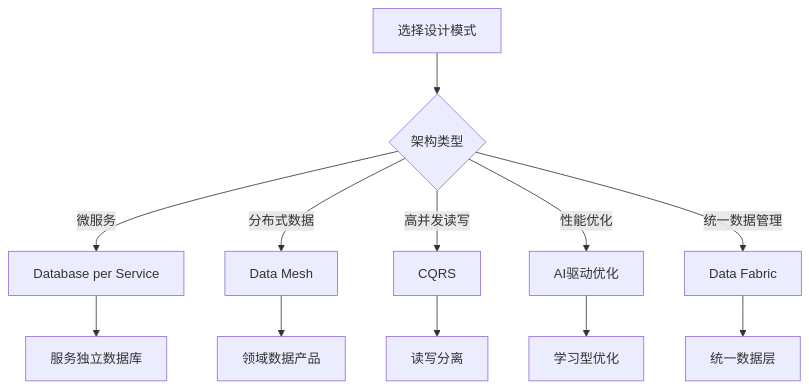
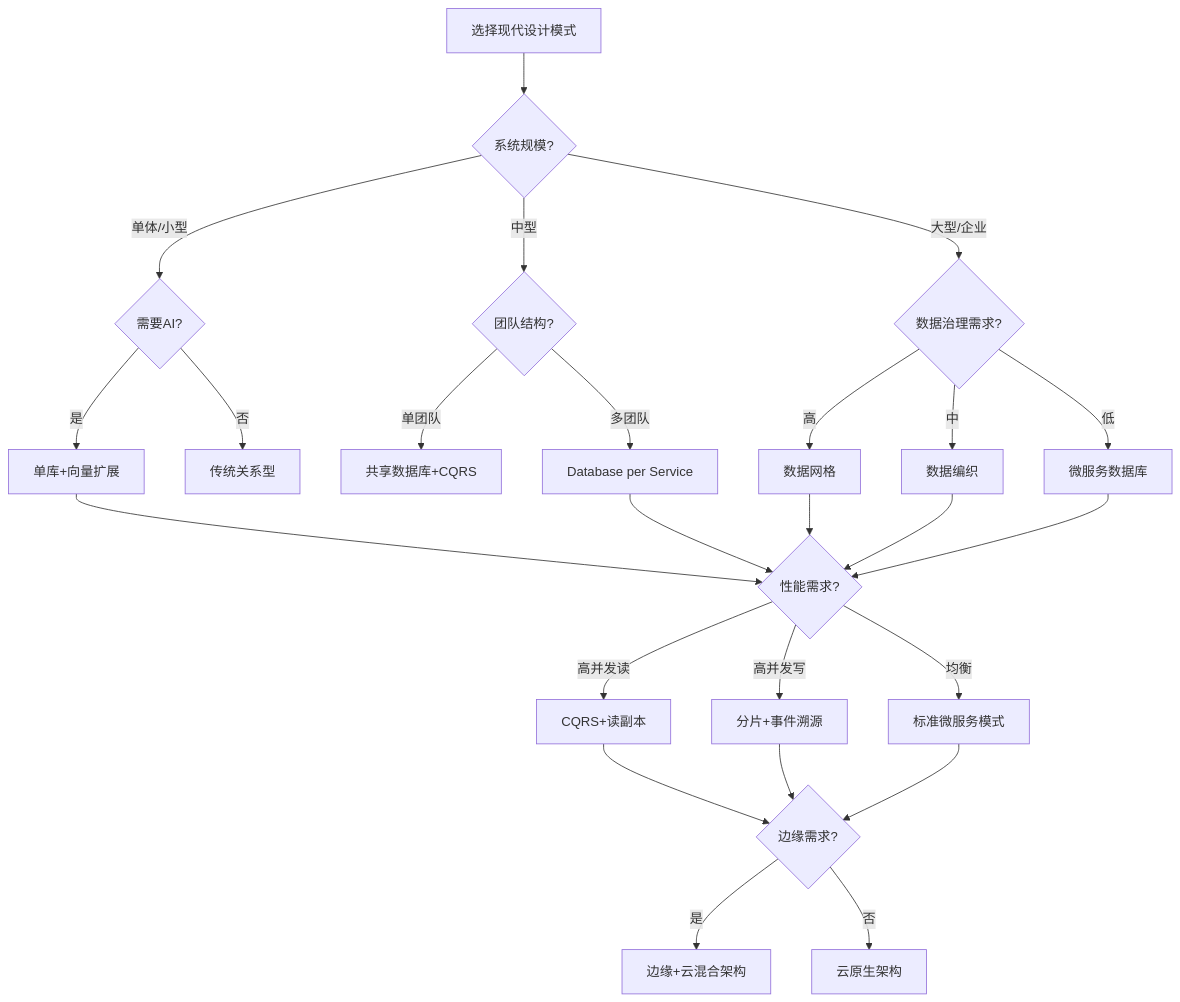
One commit to AdaMartin18010/Data-Science changed the third of 15 diagrams in Design/07-数据库设计实践/07.05-现代数据库设计模式.md. Above: the diagram before and after it, drawn with Mermaid. The commit also changed other lines of this file and 55 other files, not shown here.

````diff
--- a/Design/07-数据库设计实践/07.05-现代数据库设计模式.md
+++ b/Design/07-数据库设计实践/07.05-现代数据库设计模式.md
@@ -59,16 +156,35 @@
 ```mermaid
 flowchart TD
-    A[选择设计模式] --> B{架构类型}
+    A[选择现代设计模式] --> B{系统规模?}
 
-    B -->|微服务| C[Database per Service]
-    B -->|分布式数据| D[Data Mesh]
-    B -->|高并发读写| E[CQRS]
-    B -->|性能优化| F[AI驱动优化]
-    B -->|统一数据管理| G[Data Fabric]
+    B -->|单体/小型| C{需要AI?}
+    B -->|中型| D{团队结构?}
+    B -->|大型/企业| E{数据治理需求?}
 
-    C --> H[服务独立数据库]
-    D --> I[领域数据产品]
-    E --> J[读写分离]
-    F --> K[学习型优化]
-    G --> L[统一数据层]
+    C -->|是| F[单库+向量扩展]
+    C -->|否| G[传统关系型]
+
+    D -->|单团队| H[共享数据库+CQRS]
+    D -->|多团队| I[Database per Service]
+
+    E -->|高| J[数据网格]
+    E -->|中| K[数据编织]
+    E -->|低| L[微服务数据库]
+
+    F --> M{性能需求?}
+    I --> M
+    J --> M
+    K --> M
+    L --> M
+
+    M -->|高并发读| N[CQRS+读副本]
+    M -->|高并发写| O[分片+事件溯源]
+    M -->|均衡| P[标准微服务模式]
+
+    N --> Q{边缘需求?}
+    O --> Q
+    P --> Q
+
+    Q -->|是| R[边缘+云混合架构]
+    Q -->|否| S[云原生架构]
 ```
````
